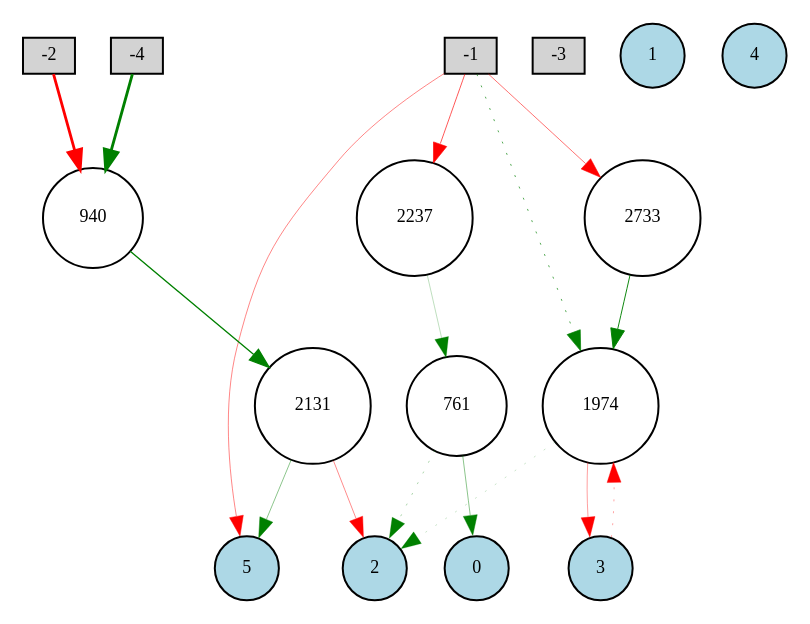
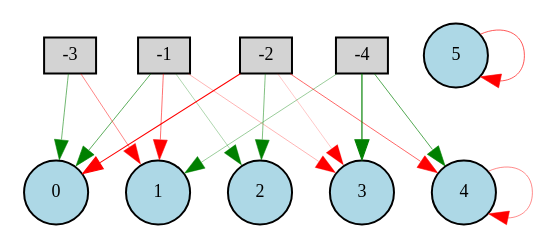
Before and after one commit to lucasvillatore/neat-atari-games: the diagram in src/Digraph.gv, drawn with Graphviz. The commit also changed 4 other files, not shown here.

```diff
--- a/src/Digraph.gv
+++ b/src/Digraph.gv
@@ -1,35 +1,28 @@
 digraph {
 	node [fontsize=9 height=0.2 shape=circle width=0.2]
 	-1 [fillcolor=lightgray shape=box style=filled]
 	-2 [fillcolor=lightgray shape=box style=filled]
 	-3 [fillcolor=lightgray shape=box style=filled]
 	-4 [fillcolor=lightgray shape=box style=filled]
 	0 [fillcolor=lightblue style=filled]
 	1 [fillcolor=lightblue style=filled]
 	2 [fillcolor=lightblue style=filled]
 	3 [fillcolor=lightblue style=filled]
 	4 [fillcolor=lightblue style=filled]
 	5 [fillcolor=lightblue style=filled]
-	761 [fillcolor=white style=filled]
-	940 [fillcolor=white style=filled]
-	1974 [fillcolor=white style=filled]
-	2131 [fillcolor=white style=filled]
-	2237 [fillcolor=white style=filled]
-	2733 [fillcolor=white style=filled]
-	761 -> 2 [color=green penwidth=0.1739445596724088 style=dotted]
-	-4 -> 940 [color=green penwidth=1.431233429926019 style=solid]
-	-2 -> 940 [color=red penwidth=1.402241365156577 style=solid]
-	-1 -> 1974 [color=green penwidth=0.34403348255823085 style=dotted]
-	940 -> 2131 [color=green penwidth=0.6701545351937358 style=solid]
-	2131 -> 5 [color=green penwidth=0.2268310132476855 style=solid]
-	3 -> 1974 [color=red penwidth=0.17961108913825885 style=dotted]
-	-1 -> 2237 [color=red penwidth=0.33122368865640195 style=solid]
-	2237 -> 761 [color=green penwidth=0.12663602171625118 style=solid]
-	2131 -> 2 [color=red penwidth=0.23245828362727036 style=solid]
-	1974 -> 2 [color=green penwidth=0.11117041879348784 style=dotted]
-	-1 -> 5 [color=red penwidth=0.23722995290331395 style=solid]
-	761 -> 0 [color=green penwidth=0.2264342581656587 style=solid]
-	-1 -> 2733 [color=red penwidth=0.28195132881378837 style=solid]
-	2733 -> 1974 [color=green penwidth=0.4704606216445545 style=solid]
-	1974 -> 3 [color=red penwidth=0.18656621803497997 style=solid]
+	-2 -> 0 [color=red penwidth=0.5316603239112025 style=solid]
+	-1 -> 1 [color=red penwidth=0.2763391807543052 style=solid]
+	-1 -> 0 [color=green penwidth=0.32387296015464084 style=solid]
+	-1 -> 3 [color=red penwidth=0.14643076429968194 style=solid]
+	-4 -> 3 [color=green penwidth=0.5810606508859106 style=solid]
+	-2 -> 3 [color=red penwidth=0.11021370236237785 style=solid]
+	-1 -> 2 [color=green penwidth=0.15755093027033323 style=solid]
+	-2 -> 4 [color=red penwidth=0.30081200987681334 style=solid]
+	4 -> 4 [color=red penwidth=0.22861992465914407 style=solid]
+	-2 -> 2 [color=green penwidth=0.2529992151481565 style=solid]
+	-4 -> 4 [color=green penwidth=0.3445045158084248 style=solid]
+	5 -> 5 [color=red penwidth=0.33007877457255136 style=solid]
+	-4 -> 1 [color=green penwidth=0.20443569269341721 style=solid]
+	-3 -> 0 [color=green penwidth=0.2751842755464245 style=solid]
+	-3 -> 1 [color=red penwidth=0.24322646857653193 style=solid]
 }
```
